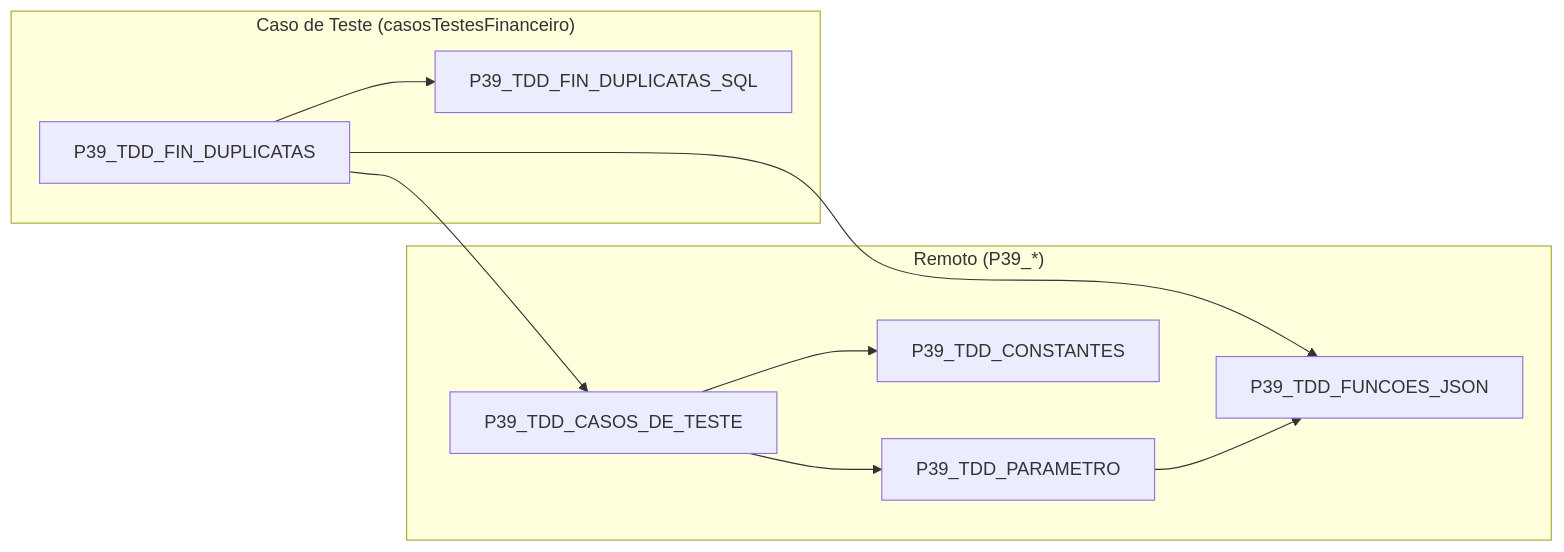
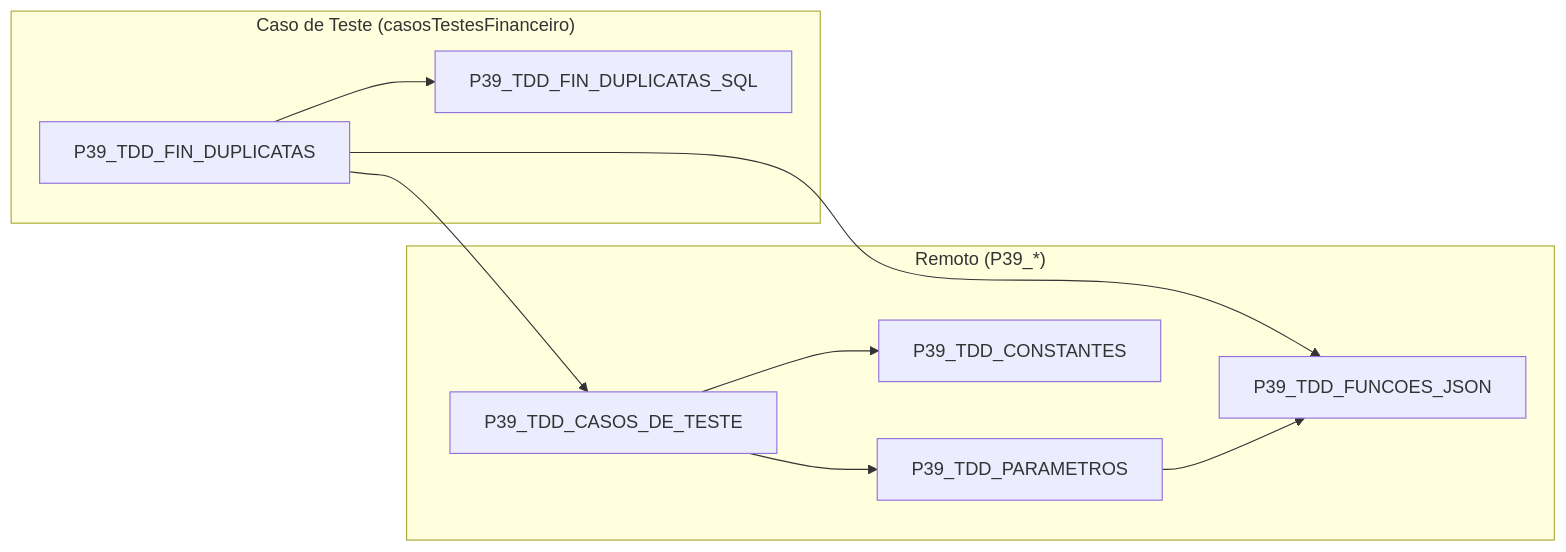
One commit to ModulosTestesAutomatizados/TestesAutomatizadosERP changed the diagram in docs/MAPEAMENTO_AST_USES_UNITS/historico/financeiro/P39_TDD_FIN_DUPLICATAS.md. Above: the diagram before and after it, drawn with Mermaid. The commit also changed other lines of this file and 79 other files, not shown here.

````diff
--- a/docs/MAPEAMENTO_AST_USES_UNITS/historico/financeiro/P39_TDD_FIN_DUPLICATAS.md
+++ b/docs/MAPEAMENTO_AST_USES_UNITS/historico/financeiro/P39_TDD_FIN_DUPLICATAS.md
@@ -8,22 +8,22 @@
 ```mermaid
 flowchart LR
     subgraph CASO["Caso de Teste (casosTestesFinanceiro)"]
         DUPLICATAS["P39_TDD_FIN_DUPLICATAS"]
         SQL_DUP["P39_TDD_FIN_DUPLICATAS_SQL"]
     end
 
     subgraph REMOTO["Remoto (P39_*)"]
         CASOS["P39_TDD_CASOS_DE_TESTE"]
-        PARAMETRO["P39_TDD_PARAMETRO"]
+        PARAMETRO["P39_TDD_PARAMETROS"]
         FUNCOES_JSON["P39_TDD_FUNCOES_JSON"]
         CONSTANTES["P39_TDD_CONSTANTES"]
     end
 
     DUPLICATAS --> CASOS
     DUPLICATAS --> SQL_DUP
     DUPLICATAS --> FUNCOES_JSON
 
     CASOS --> CONSTANTES
     CASOS --> PARAMETRO
     PARAMETRO --> FUNCOES_JSON
 ```
````
